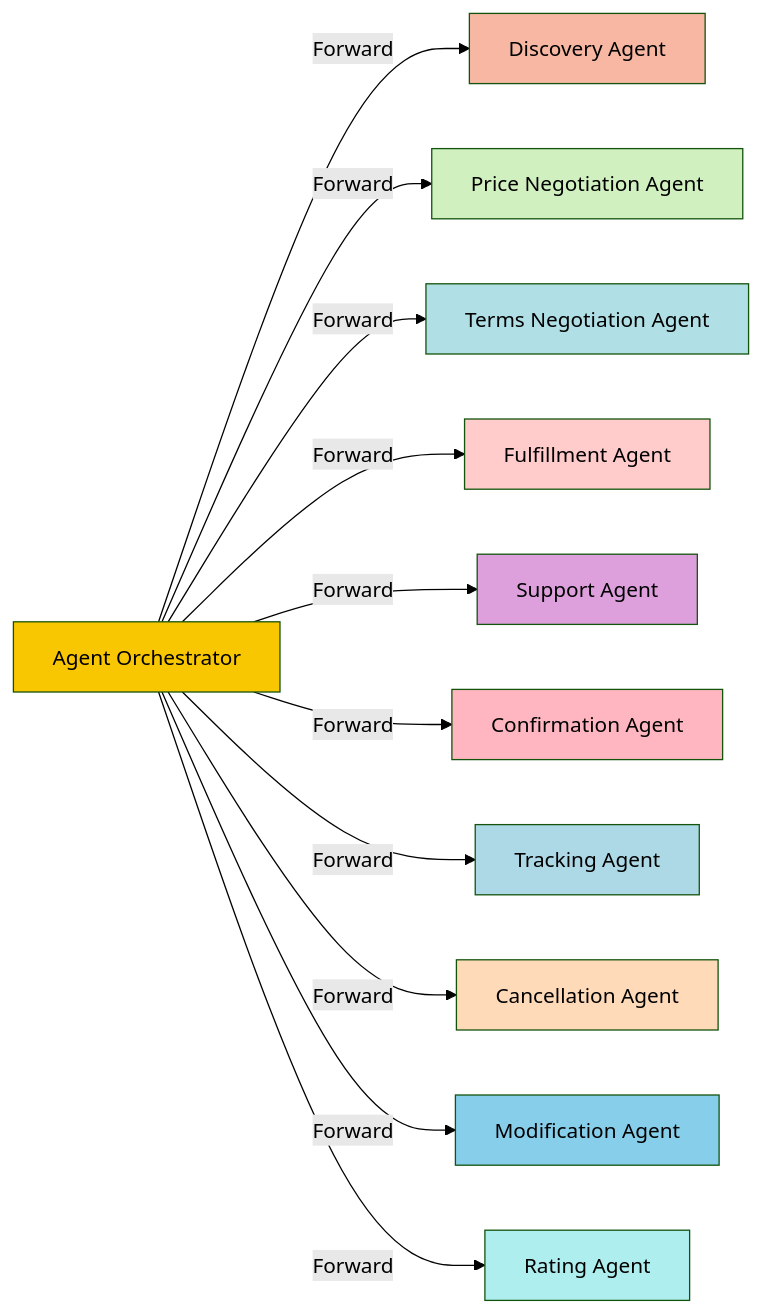
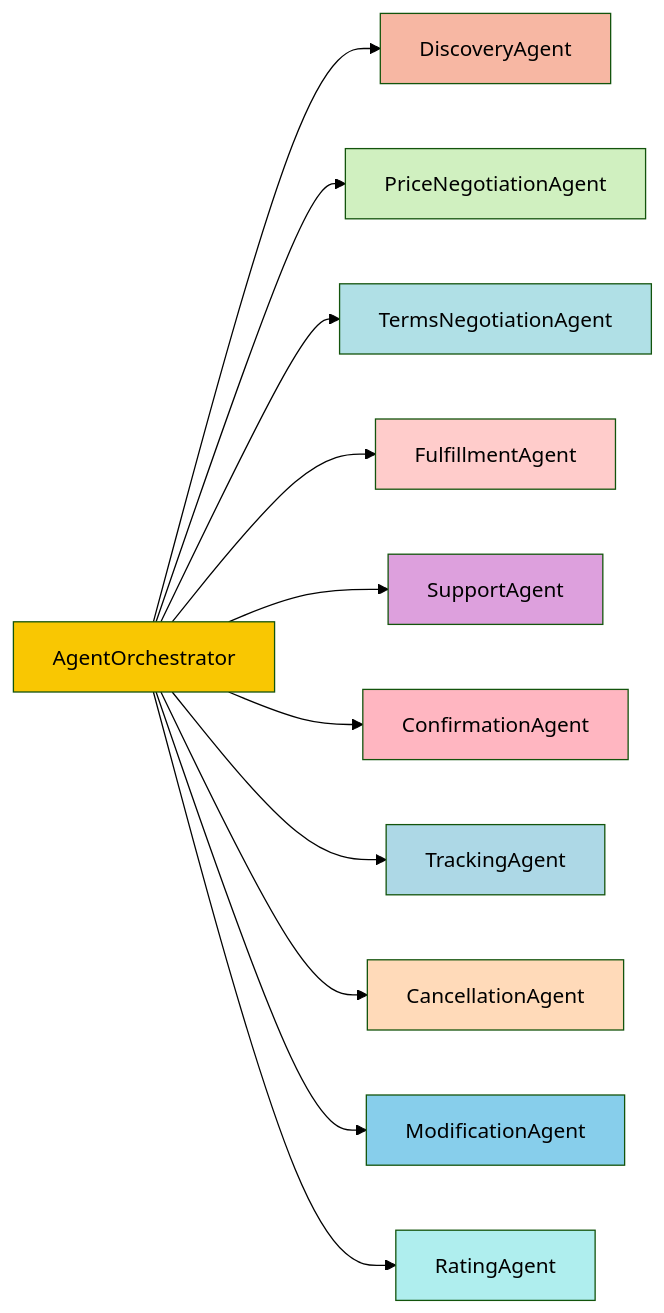
One commit to beckn/transactional-ai-bap changed the second of 13 diagrams in arch/bap-state-machine.md. Above: the diagram before and after it, drawn with Mermaid (forest theme). The commit also changed other lines of this file, not shown here.

````diff
--- a/arch/bap-state-machine.md
+++ b/arch/bap-state-machine.md
@@ -86,25 +86,26 @@
 ```mermaid
 graph LR
-    A[Agent Orchestrator] -->|Forward| D[Discovery Agent]
-    A -->|Forward| PN[Price Negotiation Agent]
-    A -->|Forward| TN[Terms Negotiation Agent]
-    A -->|Forward| F[Fulfillment Agent]
-    A -->|Forward| S[Support Agent]
-    A -->|Forward| C[Confirmation Agent]
-    A -->|Forward| T[Tracking Agent]
-    A -->|Forward| CA[Cancellation Agent]
-    A -->|Forward| M[Modification Agent]
-    A -->|Forward| R[Rating Agent]
+    AgentOrchestrator --> DiscoveryAgent
+    AgentOrchestrator --> PriceNegotiationAgent
+    AgentOrchestrator --> TermsNegotiationAgent
+    AgentOrchestrator --> FulfillmentAgent
+    AgentOrchestrator --> SupportAgent
+    AgentOrchestrator --> ConfirmationAgent
+    AgentOrchestrator --> TrackingAgent
+    AgentOrchestrator --> CancellationAgent
+    AgentOrchestrator --> ModificationAgent
+    AgentOrchestrator --> RatingAgent
 
-    style A fill:#f9c702
-    style D fill:#f7b7a3
-    style PN fill:#d0f0c0
-    style TN fill:#b0e0e6
-    style F fill:#ffcccb
-    style S fill:#dda0dd
-    style C fill:#ffb6c1
-    style T fill:#add8e6
-    style CA fill:#ffdab9
-    style M fill:#87ceeb
-    style R fill:#afeeee
+    style AgentOrchestrator fill:#f9c702
+    style DiscoveryAgent fill:#f7b7a3
+    style PriceNegotiationAgent fill:#d0f0c0
+    style TermsNegotiationAgent fill:#b0e0e6
+    style FulfillmentAgent fill:#ffcccb
+    style SupportAgent fill:#dda0dd
+    style ConfirmationAgent fill:#ffb6c1
+    style TrackingAgent fill:#add8e6
+    style CancellationAgent fill:#ffdab9
+    style ModificationAgent fill:#87ceeb
+    style RatingAgent fill:#afeeee
+
 ```
````
